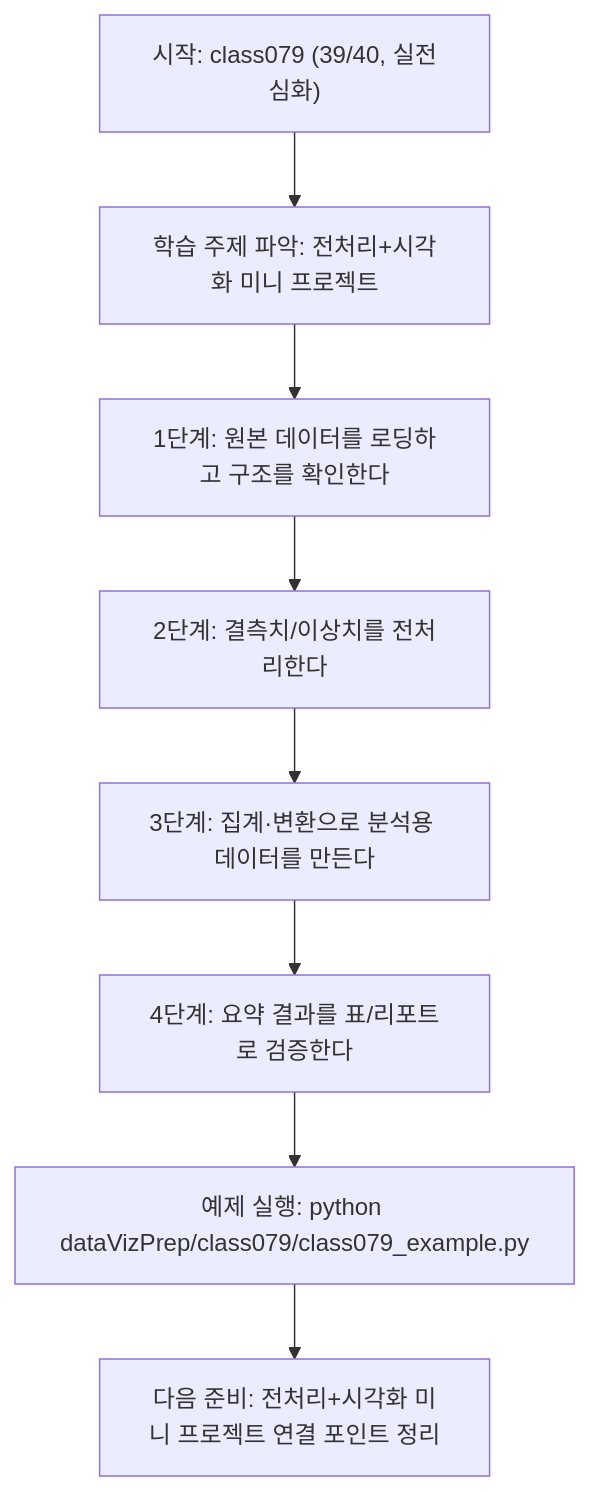
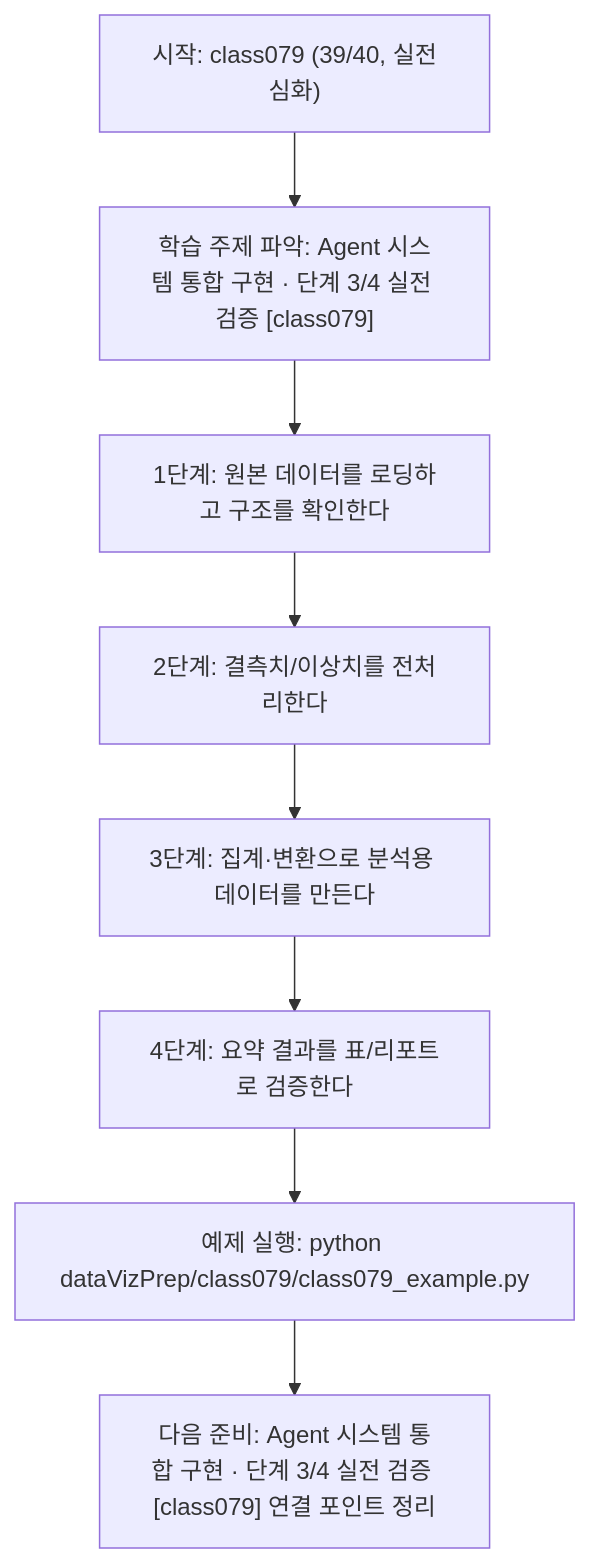
One commit to edumgt/Python-AI_Agent-Class changed the diagram in dataVizPrep/class079/class079.md. Above: the diagram before and after it, drawn with Mermaid. The commit also changed other lines of this file and 522 other files, not shown here.

````diff
--- a/dataVizPrep/class079/class079.md
+++ b/dataVizPrep/class079/class079.md
@@ -111,18 +112,18 @@
 ```mermaid
 flowchart TD
 N1["시작: class079 (39/40, 실전심화)"]
-N2["학습 주제 파악: 전처리+시각화 미니 프로젝트"]
+N2["학습 주제 파악: Agent 시스템 통합 구현 · 단계 3/4 실전 검증 [class079]"]
 N3["1단계: 원본 데이터를 로딩하고 구조를 확인한다"]
 N4["2단계: 결측치/이상치를 전처리한다"]
 N5["3단계: 집계·변환으로 분석용 데이터를 만든다"]
 N6["4단계: 요약 결과를 표/리포트로 검증한다"]
 N7["예제 실행: python dataVizPrep/class079/class079_example.py"]
-N8["다음 준비: 전처리+시각화 미니 프로젝트 연결 포인트 정리"]
+N8["다음 준비: Agent 시스템 통합 구현 · 단계 3/4 실전 검증 [class079] 연결 포인트 정리"]
 N1 --> N2
 N2 --> N3
 N3 --> N4
 N4 --> N5
 N5 --> N6
 N6 --> N7
 N7 --> N8
 ```
````
